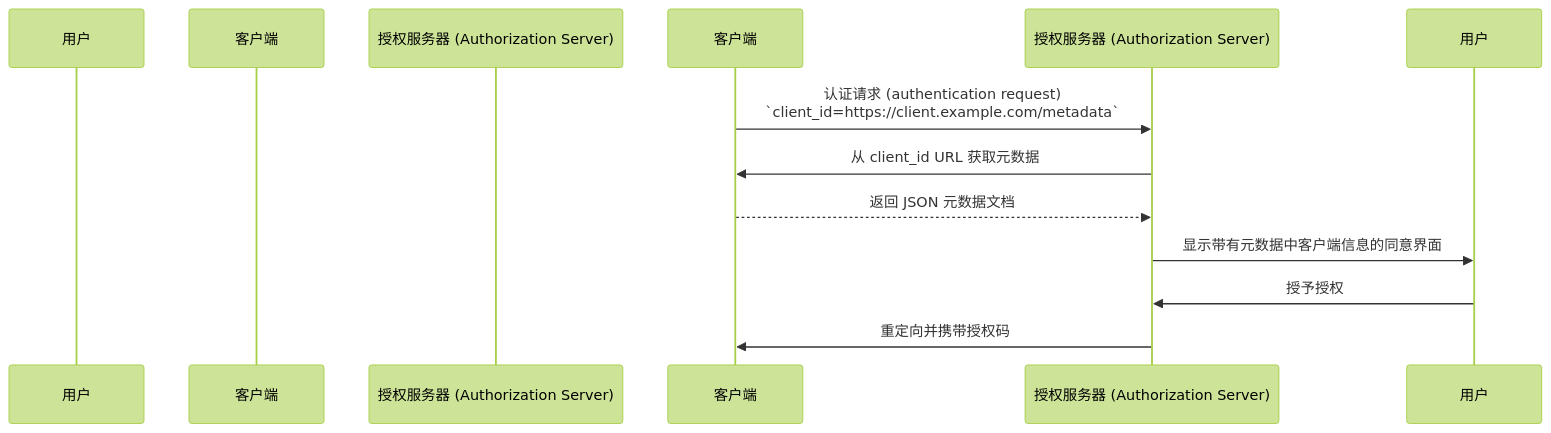
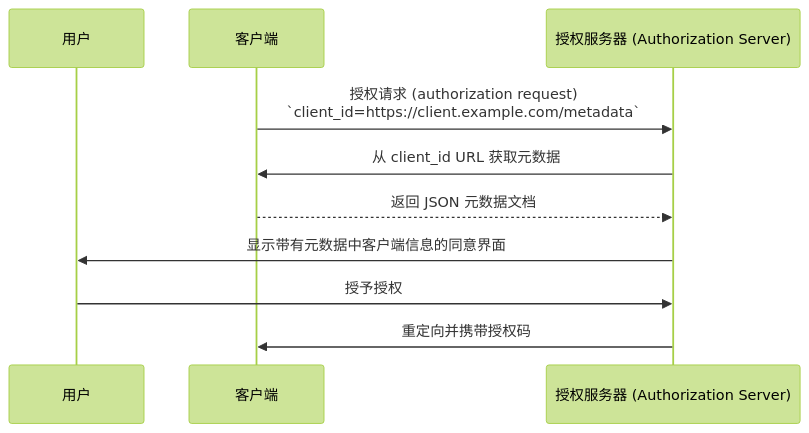
The diagram in src/content/terms/zh/client-id-metadata-document.mdx (logto-io/auth-wiki), drawn with Mermaid (forest theme) before and after one commit. The commit also changed 5 other files, not shown here.

Commit message:
chore: fix mermaid participant references and redundant labels in translations

````diff
--- a/src/content/terms/zh/client-id-metadata-document.mdx
+++ b/src/content/terms/zh/client-id-metadata-document.mdx
@@ -19,13 +19,13 @@
 ```mermaid
 sequenceDiagram
     participant User as 用户
     participant Client as 客户端
     participant AS as 授权服务器 (Authorization Server)
 
-    客户端->>授权服务器 (Authorization Server): 认证请求 (authentication request)<br/>`client_id=https://client.example.com/metadata`
-    授权服务器 (Authorization Server)->>客户端: 从 client_id URL 获取元数据
-    客户端-->>授权服务器 (Authorization Server): 返回 JSON 元数据文档
-    授权服务器 (Authorization Server)->>用户: 显示带有元数据中客户端信息的同意界面
-    用户->>授权服务器 (Authorization Server): 授予授权
-    授权服务器 (Authorization Server)->>客户端: 重定向并携带授权码
+    Client->>AS: 授权请求 (authorization request)<br/>`client_id=https://client.example.com/metadata`
+    AS->>Client: 从 client_id URL 获取元数据
+    Client-->>AS: 返回 JSON 元数据文档
+    AS->>User: 显示带有元数据中客户端信息的同意界面
+    User->>AS: 授予授权
+    AS->>Client: 重定向并携带授权码
 ```
````
